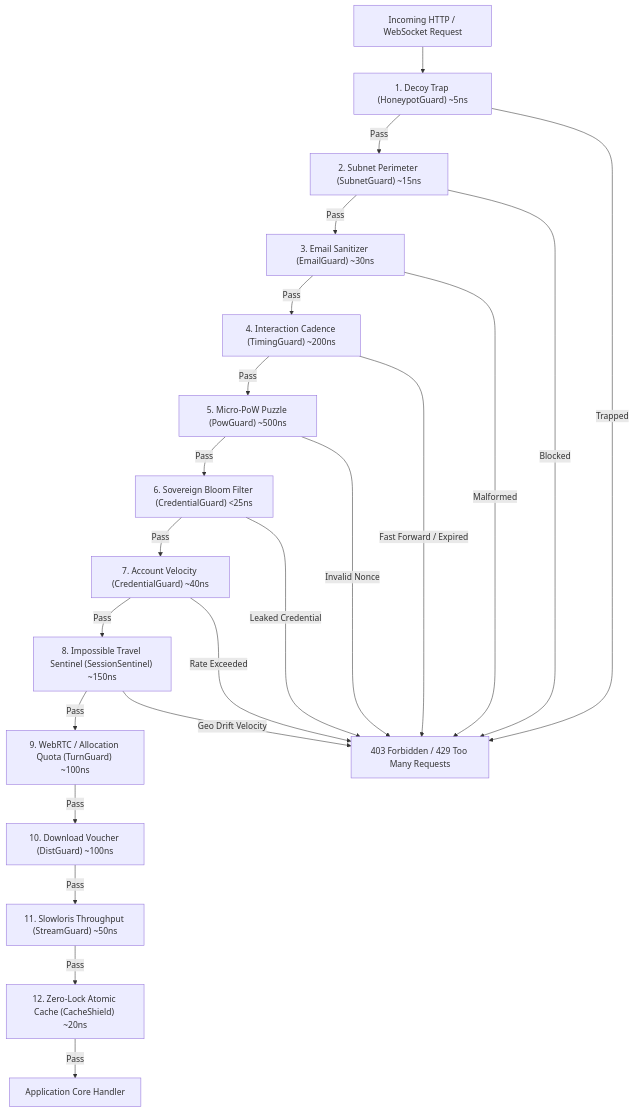
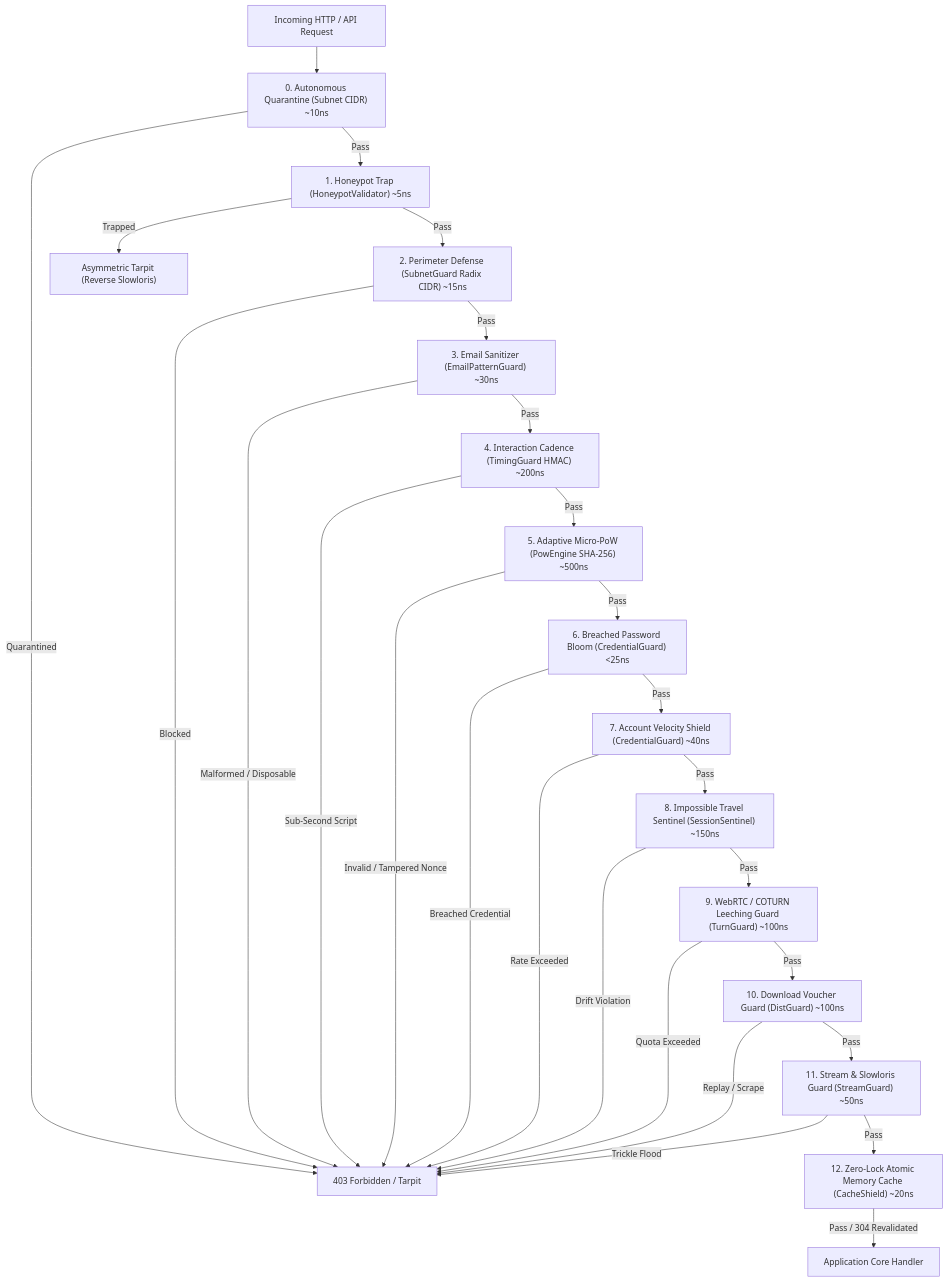
Before and after one commit to xuoxod/phylax: the diagram in README.md, drawn with Mermaid. The commit also changed other lines of this file and 5 other files, not shown here.

````diff
--- a/README.md
+++ b/README.md
@@ -17,25 +18,29 @@
 ```mermaid
 flowchart TD
-    REQ["Incoming HTTP / WebSocket Request"] --> L1["1. Decoy Trap (HoneypotGuard) ~5ns"]
-    L1 -- Pass --> L2["2. Subnet Perimeter (SubnetGuard) ~15ns"]
-    L2 -- Pass --> L3["3. Email Sanitizer (EmailGuard) ~30ns"]
-    L3 -- Pass --> L4["4. Interaction Cadence (TimingGuard) ~200ns"]
-    L4 -- Pass --> L5["5. Micro-PoW Puzzle (PowGuard) ~500ns"]
-    L5 -- Pass --> L6["6. Sovereign Bloom Filter (CredentialGuard) <25ns"]
-    L6 -- Pass --> L7["7. Account Velocity (CredentialGuard) ~40ns"]
+    REQ["Incoming HTTP / API Request"] --> L0["0. Autonomous Quarantine (Subnet CIDR) ~10ns"]
+    L0 -- Quarantined --> REJ["403 Forbidden / Tarpit"]
+    L0 -- Pass --> L1["1. Honeypot Trap (HoneypotValidator) ~5ns"]
+    L1 -- Trapped --> TARPIT["Asymmetric Tarpit (Reverse Slowloris)"]
+    L1 -- Pass --> L2["2. Perimeter Defense (SubnetGuard Radix CIDR) ~15ns"]
+    L2 -- Blocked --> REJ
+    L2 -- Pass --> L3["3. Email Sanitizer (EmailPatternGuard) ~30ns"]
+    L3 -- Malformed / Disposable --> REJ
+    L3 -- Pass --> L4["4. Interaction Cadence (TimingGuard HMAC) ~200ns"]
+    L4 -- Sub-Second Script --> REJ
+    L4 -- Pass --> L5["5. Adaptive Micro-PoW (PowEngine SHA-256) ~500ns"]
+    L5 -- Invalid / Tampered Nonce --> REJ
+    L5 -- Pass --> L6["6. Breached Password Bloom (CredentialGuard) <25ns"]
+    L6 -- Breached Credential --> REJ
+    L6 -- Pass --> L7["7. Account Velocity Shield (CredentialGuard) ~40ns"]
+    L7 -- Rate Exceeded --> REJ
     L7 -- Pass --> L8["8. Impossible Travel Sentinel (SessionSentinel) ~150ns"]
-    L8 -- Pass --> L9["9. WebRTC / Allocation Quota (TurnGuard) ~100ns"]
-    L9 -- Pass --> L10["10. Download Voucher (DistGuard) ~100ns"]
-    L10 -- Pass --> L11["11. Slowloris Throughput (StreamGuard) ~50ns"]
-    L11 -- Pass --> L12["12. Zero-Lock Atomic Cache (CacheShield) ~20ns"]
-    L12 -- Pass --> HANDLER["Application Core Handler"]
-
-    L1 -- Trapped --> REJ["403 Forbidden / 429 Too Many Requests"]
-    L2 -- Blocked --> REJ
-    L3 -- Malformed --> REJ
-    L4 -- Fast Forward / Expired --> REJ
-    L5 -- Invalid Nonce --> REJ
-    L6 -- Leaked Credential --> REJ
-    L7 -- Rate Exceeded --> REJ
-    L8 -- Geo Drift Velocity --> REJ
+    L8 -- Drift Violation --> REJ
+    L8 -- Pass --> L9["9. WebRTC / COTURN Leeching Guard (TurnGuard) ~100ns"]
+    L9 -- Quota Exceeded --> REJ
+    L9 -- Pass --> L10["10. Download Voucher Guard (DistGuard) ~100ns"]
+    L10 -- Replay / Scrape --> REJ
+    L10 -- Pass --> L11["11. Stream & Slowloris Guard (StreamGuard) ~50ns"]
+    L11 -- Trickle Flood --> REJ
+    L11 -- Pass --> L12["12. Zero-Lock Atomic Memory Cache (CacheShield) ~20ns"]
+    L12 -- Pass / 304 Revalidated --> HANDLER["Application Core Handler"]
 ```
````
